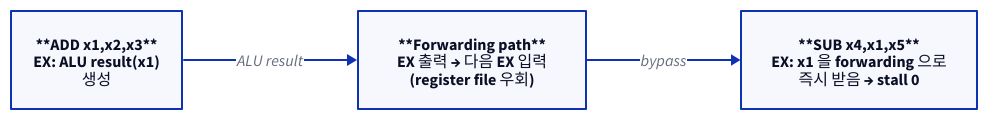
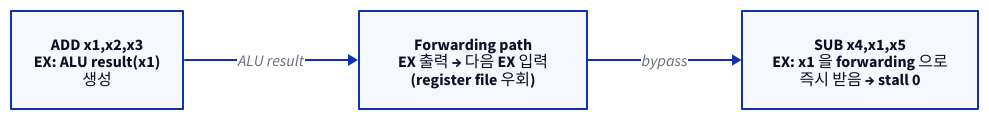
One commit to humbleowl39/DV_SKOOL changed the second of 3 diagrams in starlight_site/src/content/docs/computer_architecture/06_pipeline_hazard.md. Above: the diagram before and after it, drawn with D2. The commit also changed other lines of this file and 714 other files, not shown here.

First line of the commit message:
fix(site): d2 다이어그램 가독성 결함 6종 일괄 수정

````diff
--- a/starlight_site/src/content/docs/computer_architecture/06_pipeline_hazard.md
+++ b/starlight_site/src/content/docs/computer_architecture/06_pipeline_hazard.md
@@ -70,10 +70,10 @@
 ```d2
 direction: right
 
-ADD: "**ADD x1,x2,x3**\nEX: ALU result(x1)\n생성" 
-FWD: "**Forwarding path**\nEX 출력 → 다음 EX 입력\n(register file 우회)"
-SUB: "**SUB x4,x1,x5**\nEX: x1 을 forwarding 으로\n즉시 받음 → stall 0"
+ADD: "ADD x1,x2,x3\nEX: ALU result(x1)\n생성" 
+FWD: "Forwarding path\nEX 출력 → 다음 EX 입력\n(register file 우회)"
+SUB: "SUB x4,x1,x5\nEX: x1 을 forwarding 으로\n즉시 받음 → stall 0"
 
 ADD -> FWD: "ALU result"
 FWD -> SUB: "bypass"
 ```
````
